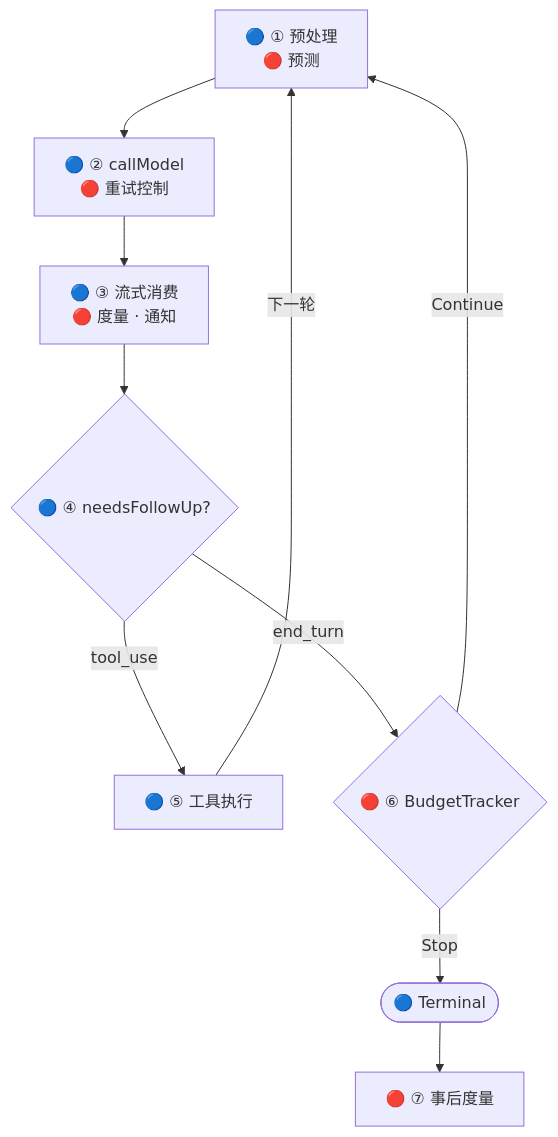
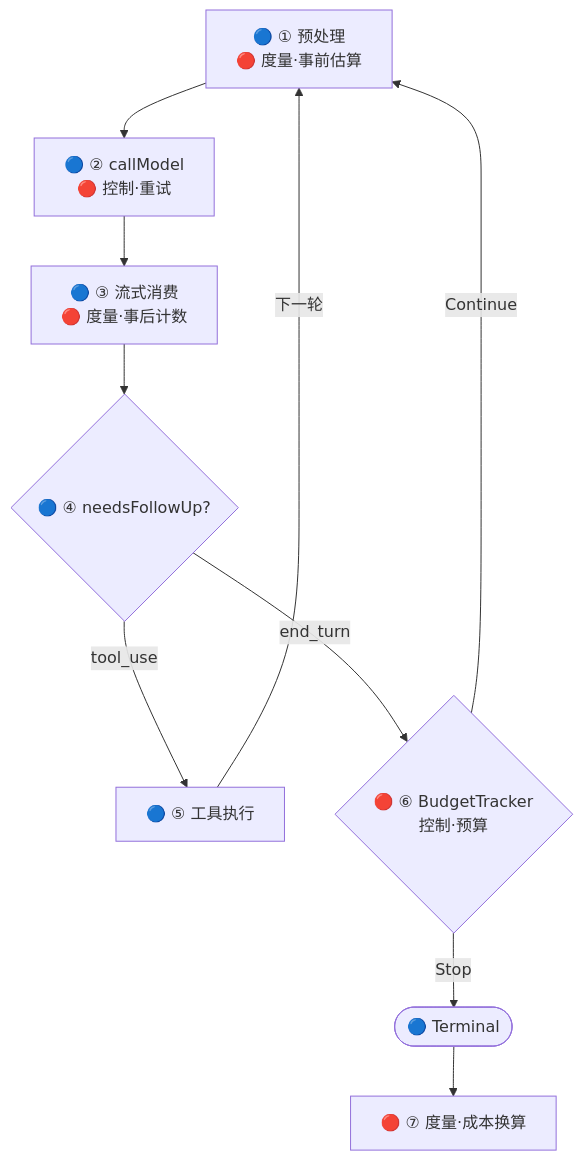
The first of 4 diagrams in mydocs/part2/07-Token与成本管理.md (binarylei/ClaudeCode), drawn with Mermaid before and after one commit. The commit also changed other lines of this file, not shown here.

````diff
--- a/mydocs/part2/07-Token与成本管理.md
+++ b/mydocs/part2/07-Token与成本管理.md
@@ -77,12 +71,12 @@
 ```mermaid
 flowchart TD
-    A["🔵 ① 预处理<br/>🔴 预测"] --> B["🔵 ② callModel<br/>🔴 重试控制"]
-    B --> C["🔵 ③ 流式消费<br/>🔴 度量 · 通知"]
+    A["🔵 ① 预处理<br/>🔴 度量·事前估算"] --> B["🔵 ② callModel<br/>🔴 控制·重试"]
+    B --> C["🔵 ③ 流式消费<br/>🔴 度量·事后计数"]
     C --> D{"🔵 ④ needsFollowUp?"}
     D -->|tool_use| E["🔵 ⑤ 工具执行"]
     E -->|下一轮| A
-    D -->|end_turn| F{"🔴 ⑥ BudgetTracker"}
+    D -->|end_turn| F{"🔴 ⑥ BudgetTracker<br/>控制·预算"}
     F -->|Continue| A
     F -->|Stop| G(["🔵 Terminal"])
-    G --> H["🔴 ⑦ 事后度量"]
+    G --> H["🔴 ⑦ 度量·成本换算"]
 ```
````
